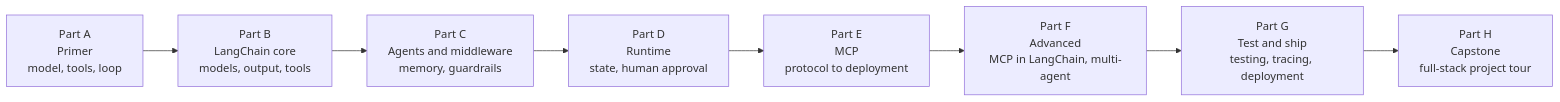
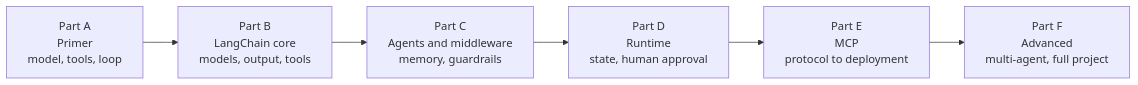
One commit to kiaanwankhede/MyNotes changed the diagram in books/agentic-ai/chapters/home.md. Above: the diagram before and after it, drawn with Mermaid. The commit also changed other lines of this file and 12 other files, not shown here.

````diff
--- a/books/agentic-ai/chapters/home.md
+++ b/books/agentic-ai/chapters/home.md
@@ -39,10 +39,8 @@
 ```mermaid
 flowchart LR
     A["Part A<br/>Primer<br/>model, tools, loop"] --> B["Part B<br/>LangChain core<br/>models, output, tools"]
     B --> C["Part C<br/>Agents and middleware<br/>memory, guardrails"]
     C --> D["Part D<br/>Runtime<br/>state, human approval"]
     D --> E["Part E<br/>MCP<br/>protocol to deployment"]
-    E --> F["Part F<br/>Advanced<br/>MCP in LangChain, multi-agent"]
-    F --> G["Part G<br/>Test and ship<br/>testing, tracing, deployment"]
-    G --> H["Part H<br/>Capstone<br/>full-stack project tour"]
+    E --> F["Part F<br/>Advanced<br/>multi-agent, full project"]
 ```
````
